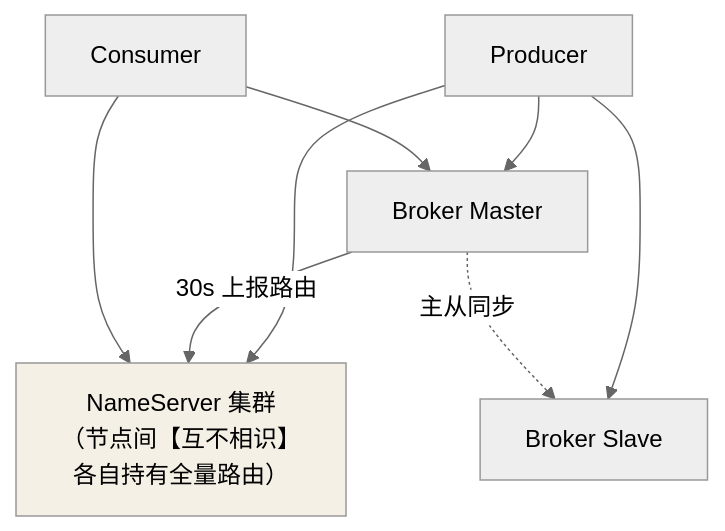
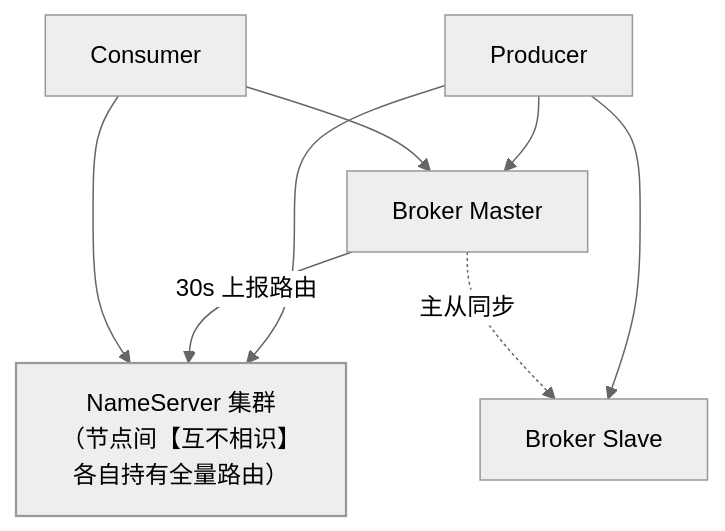
Before and after one commit to Loadhao/ascension: the first of 3 diagrams in src/content/docs/rocketmq/advanced/core/01-rocketmq-features.md, drawn with Mermaid (neutral theme). The commit also changed 87 other files, not shown here.

First line of the commit message:
fix: 全站图表配色改由主题接管，修复暗色主题下浅底浅字看不清

````diff
--- a/src/content/docs/rocketmq/advanced/core/01-rocketmq-features.md
+++ b/src/content/docs/rocketmq/advanced/core/01-rocketmq-features.md
@@ -9,12 +9,13 @@
 ```mermaid
 flowchart TB
     P["Producer"] --> NS["NameServer 集群<br/>（节点间【互不相识】<br/>各自持有全量路由）"]
     P --> B1["Broker Master"]
     P --> B2["Broker Slave"]
     B1 -->|"30s 上报路由"| NS
     C["Consumer"] --> NS
     B1 -.->|"主从同步"| B2
     C --> B1
 
-    style NS fill:#f5f0e6
+    class NS hl
+    classDef hl stroke-width:1.5px
 ```
````
